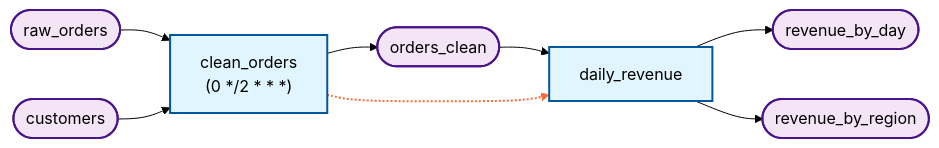
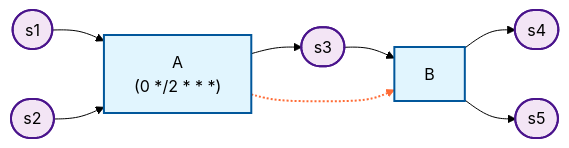
The diagram in README.md (mattlianje/etl4s), drawn with Mermaid (forest theme) before and after one commit. The commit also changed other lines of this file and 2 other files, not shown here.

````diff
--- a/README.md
+++ b/README.md
@@ -371,31 +334,31 @@
 ```mermaid
 graph LR
     classDef pipeline fill:#e1f5fe,stroke:#01579b,stroke-width:2px,color:#000
     classDef dataSource fill:#f3e5f5,stroke:#4a148c,stroke-width:2px,color:#000
     classDef cluster fill:#e8f5e8,stroke:#2e7d32,stroke-width:2px,color:#000
 
-    clean_orders["clean_orders<br/>(0 */2 * * *)"]
-    daily_revenue["daily_revenue"]
-    raw_orders(["raw_orders"])
-    customers(["customers"])
-    orders_clean(["orders_clean"])
-    revenue_by_day(["revenue_by_day"])
-    revenue_by_region(["revenue_by_region"])
+    A["A<br/>(0 */2 * * *)"]
+    B["B"]
+    s1(["s1"])
+    s2(["s2"])
+    s3(["s3"])
+    s4(["s4"])
+    s5(["s5"])
 
-    raw_orders --> clean_orders
-    customers --> clean_orders
-    clean_orders --> orders_clean
-    orders_clean --> daily_revenue
-    daily_revenue --> revenue_by_day
-    daily_revenue --> revenue_by_region
-    clean_orders -.-> daily_revenue
+    s1 --> A
+    s2 --> A
+    A --> s3
+    s3 --> B
+    B --> s4
+    B --> s5
+    A -.-> B
     linkStyle 6 stroke:#ff6b35,stroke-width:2px
 
-    class clean_orders pipeline
-    class daily_revenue pipeline
-    class raw_orders dataSource
-    class customers dataSource
-    class orders_clean dataSource
-    class revenue_by_day dataSource
-    class revenue_by_region dataSource
+    class A pipeline
+    class B pipeline
+    class s1 dataSource
+    class s2 dataSource
+    class s3 dataSource
+    class s4 dataSource
+    class s5 dataSource
 ```
````
